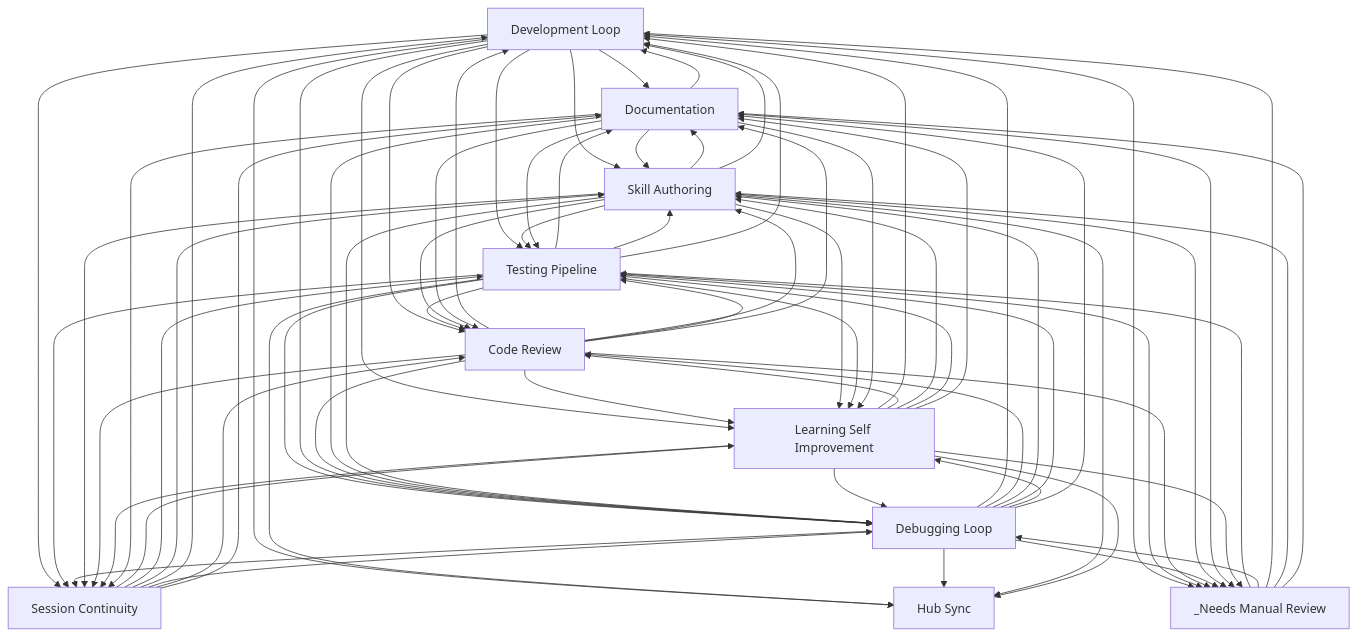
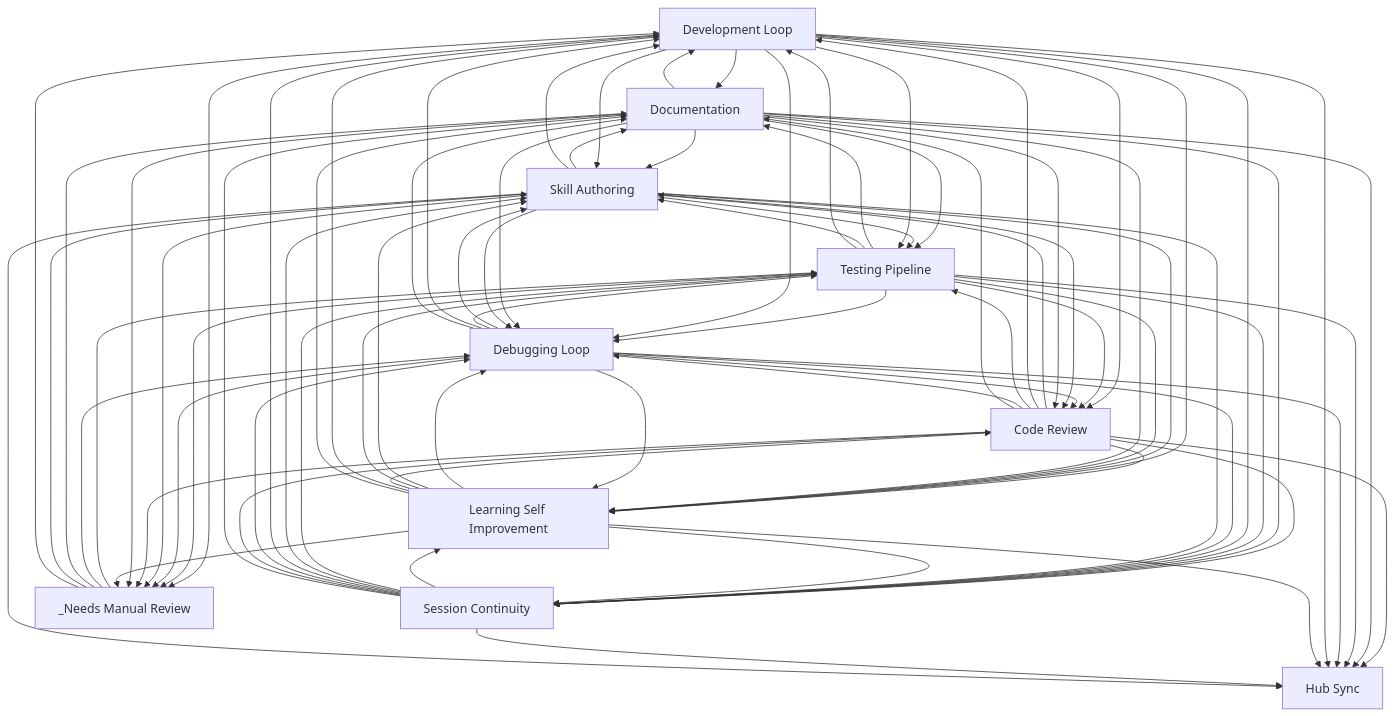
The diagram in docs/workflows/INDEX.md (abhayla/claude-best-practices), drawn with Mermaid before and after one commit. The commit also changed other lines of this file and 12 other files, not shown here.

````diff
--- a/docs/workflows/INDEX.md
+++ b/docs/workflows/INDEX.md
@@ -31,77 +31,80 @@
     documentation[Documentation]
     hub_sync[Hub Sync]
     _needs_manual_review[_Needs Manual Review]
+    skill_authoring --> documentation
     development_loop --> documentation
-    skill_authoring --> documentation
     testing_pipeline --> documentation
+    documentation --> skill_authoring
+    documentation --> testing_pipeline
+    skill_authoring --> testing_pipeline
     development_loop --> skill_authoring
     development_loop --> testing_pipeline
-    skill_authoring --> testing_pipeline
-    documentation --> skill_authoring
-    documentation --> testing_pipeline
     testing_pipeline --> skill_authoring
+    code_review --> skill_authoring
+    code_review --> development_loop
+    code_review --> testing_pipeline
     development_loop --> code_review
-    code_review --> development_loop
-    code_review --> skill_authoring
-    code_review --> testing_pipeline
+    code_review --> learning_self_improvement
     development_loop --> learning_self_improvement
-    code_review --> learning_self_improvement
+    testing_pipeline --> debugging_loop
+    testing_pipeline --> code_review
     testing_pipeline --> development_loop
-    testing_pipeline --> code_review
-    testing_pipeline --> debugging_loop
-    debugging_loop --> development_loop
-    debugging_loop --> code_review
     debugging_loop --> skill_authoring
     debugging_loop --> testing_pipeline
+    debugging_loop --> code_review
+    debugging_loop --> development_loop
     development_loop --> debugging_loop
     documentation --> development_loop
+    skill_authoring --> code_review
     skill_authoring --> development_loop
-    skill_authoring --> code_review
     skill_authoring --> learning_self_improvement
     testing_pipeline --> learning_self_improvement
     development_loop --> _needs_manual_review
     testing_pipeline --> _needs_manual_review
     code_review --> debugging_loop
+    documentation --> debugging_loop
     documentation --> code_review
-    documentation --> debugging_loop
+    code_review --> hub_sync
+    code_review --> session_continuity
     code_review --> documentation
-    development_loop --> session_continuity
+    documentation --> learning_self_improvement
+    documentation --> hub_sync
+    documentation --> session_continuity
+    testing_pipeline --> hub_sync
+    testing_pipeline --> session_continuity
     session_continuity --> learning_self_improvement
     session_continuity --> testing_pipeline
+    development_loop --> session_continuity
     _needs_manual_review --> testing_pipeline
-    testing_pipeline --> session_continuity
+    debugging_loop --> learning_self_improvement
     debugging_loop --> session_continuity
-    debugging_loop --> learning_self_improvement
+    debugging_loop --> hub_sync
     debugging_loop --> documentation
     development_loop --> hub_sync
-    testing_pipeline --> hub_sync
-    documentation --> learning_self_improvement
     skill_authoring --> session_continuity
     skill_authoring --> debugging_loop
     _needs_manual_review --> debugging_loop
-    learning_self_improvement --> development_loop
-    learning_self_improvement --> code_review
     learning_self_improvement --> debugging_loop
     learning_self_improvement --> skill_authoring
     learning_self_improvement --> testing_pipeline
-    debugging_loop --> hub_sync
-    code_review --> _needs_manual_review
+    learning_self_improvement --> code_review
+    learning_self_improvement --> development_loop
     debugging_loop --> _needs_manual_review
     skill_authoring --> _needs_manual_review
+    code_review --> _needs_manual_review
+    _needs_manual_review --> documentation
+    _needs_manual_review --> skill_authoring
     _needs_manual_review --> development_loop
-    _needs_manual_review --> skill_authoring
-    _needs_manual_review --> documentation
-    code_review --> session_continuity
     learning_self_improvement --> session_continuity
     documentation --> _needs_manual_review
     session_continuity --> skill_authoring
+    learning_self_improvement --> hub_sync
     learning_self_improvement --> documentation
     session_continuity --> development_loop
     session_continuity --> debugging_loop
+    session_continuity --> hub_sync
     session_continuity --> code_review
     session_continuity --> documentation
     skill_authoring --> hub_sync
-    learning_self_improvement --> hub_sync
     learning_self_improvement --> _needs_manual_review
-    documentation --> session_continuity
 ```
````
